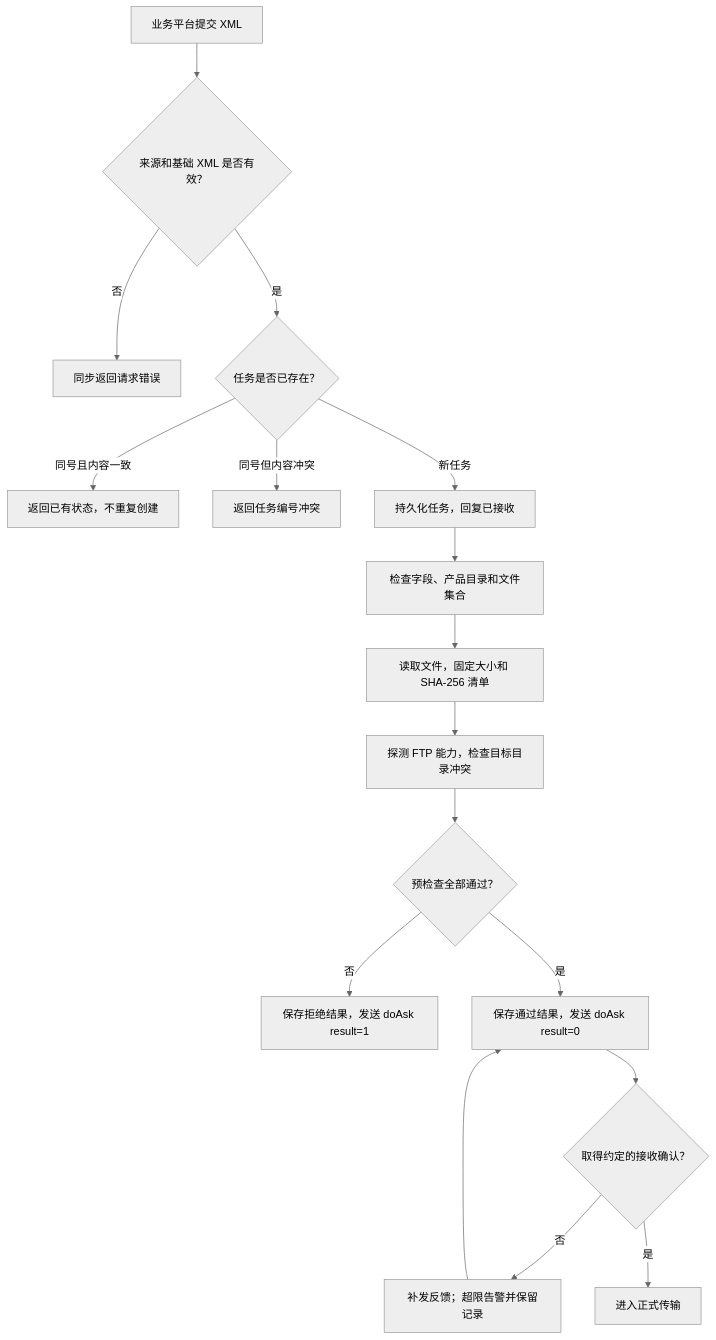
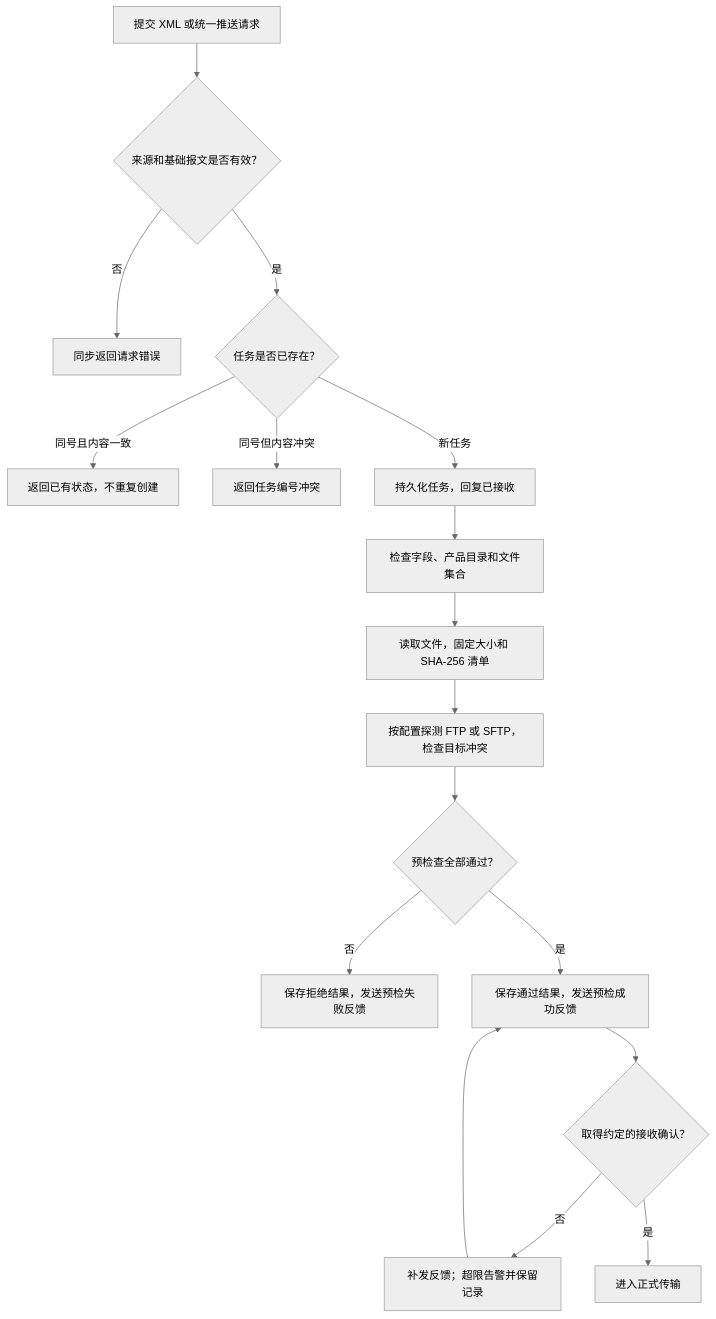
The first of 2 diagrams in doc/01_推送流程.md (breezePeak/sharing_platform), drawn with Mermaid (neutral theme) before and after one commit. The commit also changed other lines of this file and 48 other files, not shown here.

````diff
--- a/doc/01_推送流程.md
+++ b/doc/01_推送流程.md
@@ -59,19 +79,19 @@
 ```mermaid
 flowchart TD
-    A["业务平台提交 XML"] --> B{"来源和基础 XML 是否有效？"}
+    A["提交 XML 或统一推送请求"] --> B{"来源和基础报文是否有效？"}
     B -->|否| C["同步返回请求错误"]
     B -->|是| D{"任务是否已存在？"}
     D -->|同号且内容一致| E["返回已有状态，不重复创建"]
     D -->|同号但内容冲突| F["返回任务编号冲突"]
     D -->|新任务| G["持久化任务，回复已接收"]
     G --> H["检查字段、产品目录和文件集合"]
     H --> I["读取文件，固定大小和 SHA-256 清单"]
-    I --> J["探测 FTP 能力，检查目标目录冲突"]
+    I --> J["按配置探测 FTP 或 SFTP，检查目标冲突"]
     J --> K{"预检查全部通过？"}
-    K -->|否| L["保存拒绝结果，发送 doAsk result=1"]
-    K -->|是| M["保存通过结果，发送 doAsk result=0"]
+    K -->|否| L["保存拒绝结果，发送预检失败反馈"]
+    K -->|是| M["保存通过结果，发送预检成功反馈"]
     M --> N{"取得约定的接收确认？"}
     N -->|否| O["补发反馈；超限告警并保留记录"]
     O --> M
     N -->|是| P["进入正式传输"]
 ```
````
